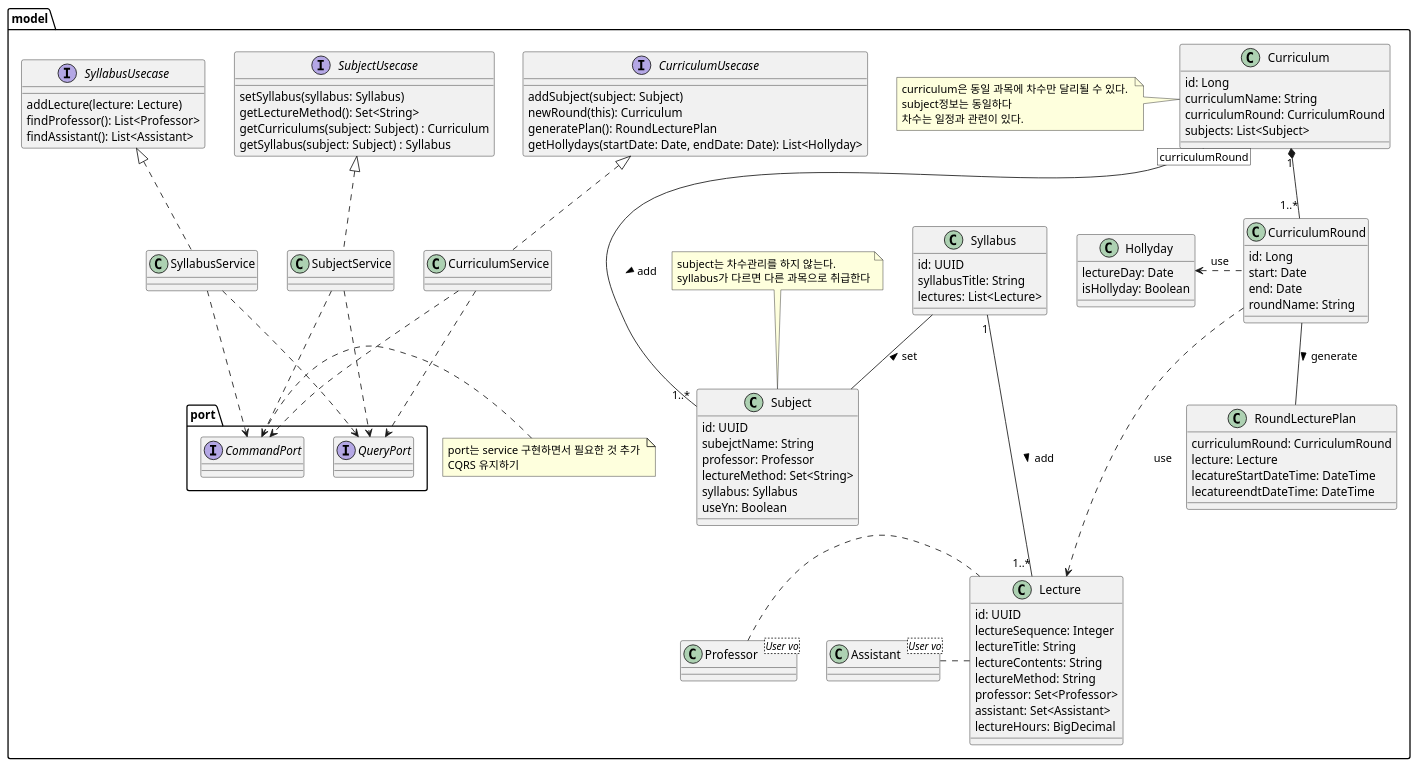
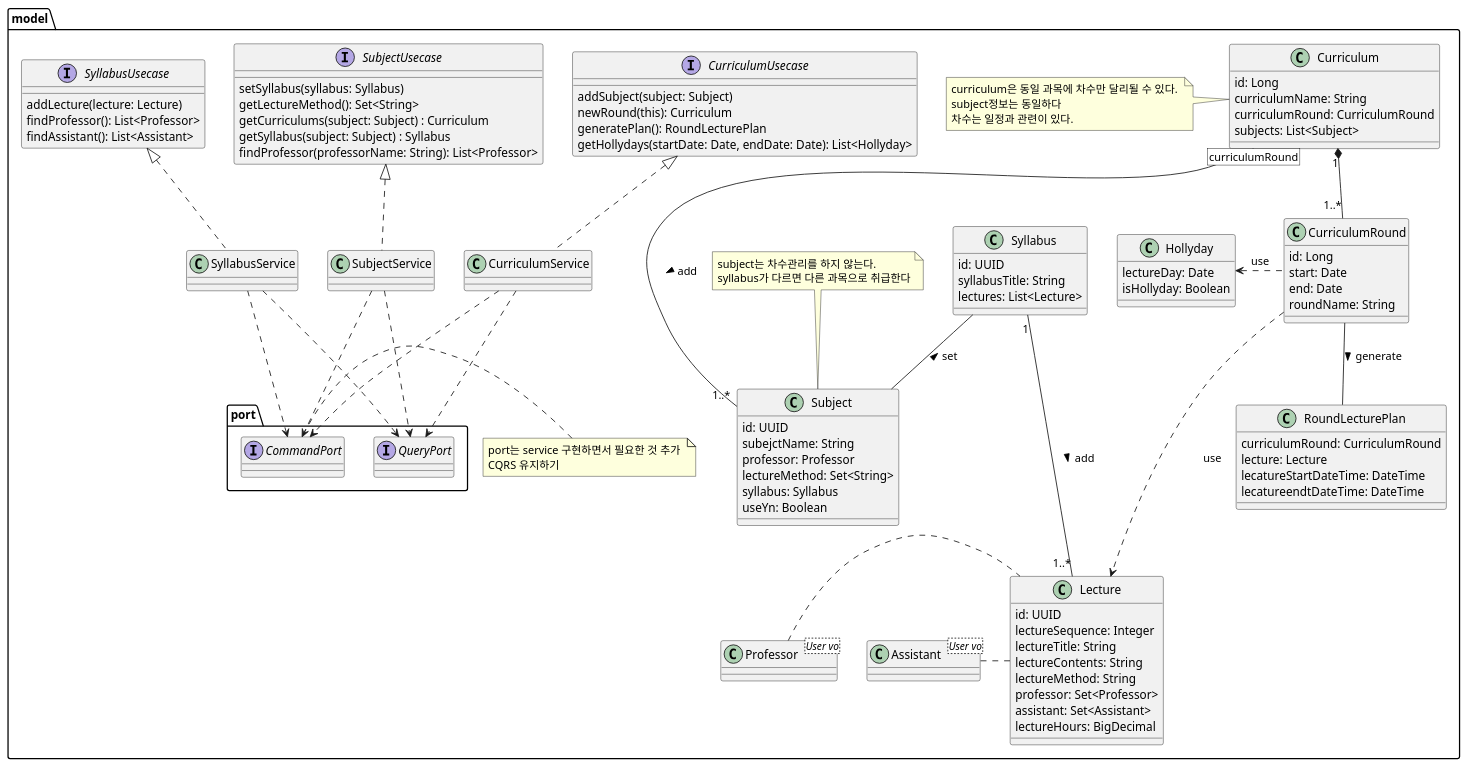
One commit to ohhoonim/lms changed the diagram in src/main/java/dev/ohhoonim/lms/domain/learningCourses/design/model.md. Above: the diagram before and after it, drawn with PlantUML. The commit also changed 7 other files, not shown here.

```diff
--- a/src/main/java/dev/ohhoonim/lms/domain/learningCourses/design/model.md
+++ b/src/main/java/dev/ohhoonim/lms/domain/learningCourses/design/model.md
@@ -97,6 +97,7 @@
         getLectureMethod(): Set<String>
         getCurriculums(subject: Subject) : Curriculum
         getSyllabus(subject: Subject) : Syllabus
+        findProfessor(professorName: String): List<Professor>
     }
 
     interface SyllabusUsecase {
```
